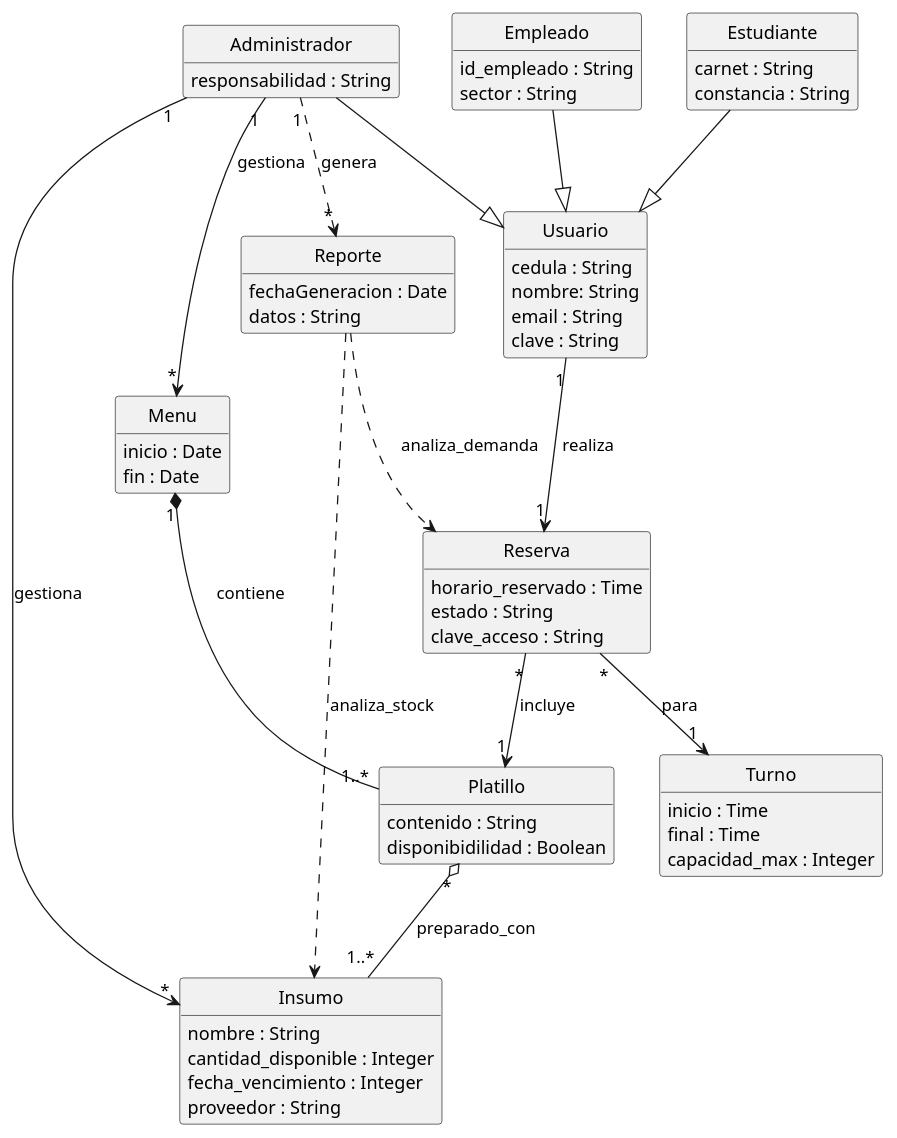
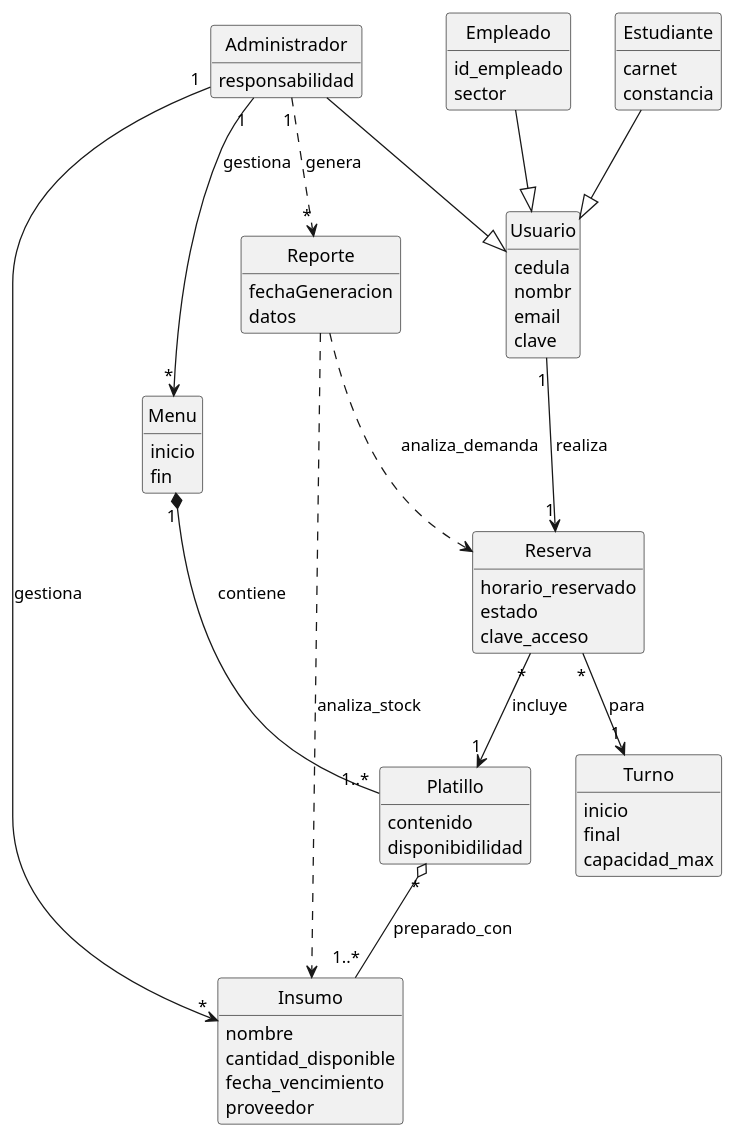
Before and after one commit to ARUSG178/proyecto-comedor-2-2025-grupo-12: the diagram in docs/modelo_dominio_final.puml, drawn with PlantUML.

Commit message:
Ajustes al Modelo

```diff
--- a/docs/modelo_dominio_final.puml
+++ b/docs/modelo_dominio_final.puml
@@ -1,109 +1,109 @@
 @startuml Modelo_Dominio_Final
 
     '-- ACOMODAR Y LIMPIAR EL MODELO --
     
     hide circle
     hide methods
 
     '-- CLASES -> PERSONAS --
 
     'Clase Padre Principal
     class Usuario {
-        cedula : String
-        nombre: String
-        email : String
-        clave : String
+        cedula
+        nombr
+        email
+        clave
     }
 
     'Diferentes tipos de Usuarios
     Class Estudiante {
-        carnet : String
-        constancia : String
+        carnet
+        constancia
     }
 
     Class Empleado {
-        id_empleado : String
-        sector : String
+        id_empleado
+        sector
     }
 
     Class Administrador {
-        responsabilidad : String
+        responsabilidad
     }
 
     '-- CLASES -> COMEDOR
 
     ' Menu que rota semanalmente
     class Menu {
-        inicio : Date
-        fin : Date
+        inicio
+        fin
     }
 
     ' Insumo que llega para preparar los platillos
     class Insumo {
-        nombre : String
-        cantidad_disponible : Integer
-        fecha_vencimiento : Integer
-        proveedor : String
+        nombre
+        cantidad_disponible
+        fecha_vencimiento
+        proveedor
     }
 
     ' Comida hecha de los insumos la cual se mostrará como opción en el menú
     class Platillo {
-        contenido : String
-        disponibidilidad : Boolean
+        contenido
+        disponibidilidad
 
     }
 
     ' Turno en los cuales las comidas cambian y abren nuevas capacidades para personas
     class Turno {
-        inicio : Time
-        final : Time
-        capacidad_max : Integer
+        inicio
+        final
+        capacidad_max
     }
 
     ' Reporte que el Administrador realiza en donde figura consumo diario, reportes de demanda y planificación
     class Reporte {
-        fechaGeneracion : Date
-        datos : String
+        fechaGeneracion
+        datos
     }
 
     ' Reserva que realiza un Usuario durante un Turno
     class Reserva {
-        horario_reservado : Time
+        horario_reservado
         'El estado refiere si está vigente, cancelada o ya ha sido canjeada
-        estado : String
+        estado
         'Código que verifica que el usuario fue quien obtuvo el platillo
-        clave_acceso : String
+        clave_acceso
     }
 
     ' --- RELACIONES ---
 
     ' Herencia
     Estudiante --|> Usuario
     Empleado --|> Usuario
     Administrador --|> Usuario
 
     ' El Administrador gestiona menús semanales, insumos y genera reportes 
     Administrador "1" --> "*" Menu : gestiona
     Administrador "1" --> "*" Insumo : gestiona
     Administrador "1" ..> "*" Reporte : genera
 
     ' Un menú se compone de varios platillos disponibles para esa semana 
     Menu "1" *-- "1..*" Platillo : contiene
     
     ' Un platillo requiere insumos para prepararse
     Platillo "*" o-- "1..*" Insumo : preparado_con
 
     ' El usuario hace la reserva, una por persona
     Usuario "1" --> "1" Reserva : realiza
 
     ' Una reserva corresponde a un Turno específico, controla el acceso 
     Reserva "*" --> "1" Turno : para
 
     ' Una reserva suele ser por un platillo
     Reserva "*" --> "1" Platillo : incluye
 
     ' El reporte se basa en los datos de las reservas/consumos y el inventario 
     Reporte ..> Reserva : analiza_demanda
     Reporte ..> Insumo : analiza_stock
 
 @enduml
```
